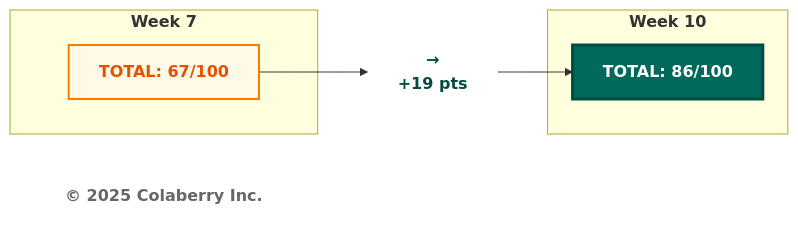
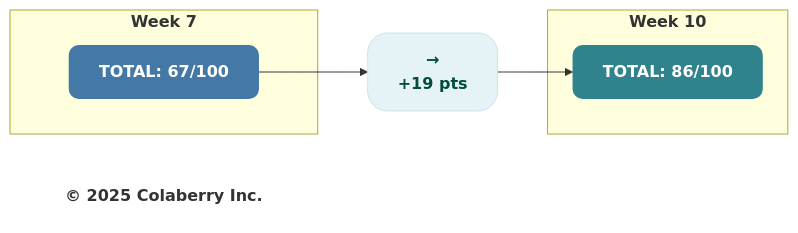
One commit to saitejesh-cyber/trust-before-intelligence-book changed diagram 12 of 14 in manuscript/07_chapter_6_transparency_orchestration_layers.md. Above: the diagram before and after it, drawn with Mermaid. The commit also changed other lines of this file and 7 other files, not shown here.

Commit message:
Chapter 6to13: Updated mermaid diagrams based on new colaberry color code

````diff
--- a/manuscript/07_chapter_6_transparency_orchestration_layers.md
+++ b/manuscript/07_chapter_6_transparency_orchestration_layers.md
@@ -1096,21 +1096,21 @@
 ```mermaid
 graph LR
     subgraph "<b>Week 7</b>"
         W7["<b>TOTAL: 67/100</b>"]
     end
     
     Arrow["<b>→</b><br/><b>+19 pts</b>"]
     
     subgraph "<b>Week 10</b>"
         W10["<b>TOTAL: 86/100</b>"]
     end
     
     Copyright["<b>© 2025 Colaberry Inc.</b>"]
     
     W7 --> Arrow --> W10
     
-    style W7 fill:#fff9e6,stroke:#f57c00,stroke-width:2px,color:#e65100
-    style Arrow fill:#ffffff,stroke:none,color:#004d40
-    style W10 fill:#00695c,color:#ffffff,stroke:#004d40,stroke-width:3px
-    style Copyright fill:#ffffff,stroke:none,color:#666666
+    style W7 fill:#4478A6,stroke:none,color:#ffffff,rx:10,ry:10
+    style Arrow fill:#e6f3f6,stroke:#c7e3ea,stroke-width:1px,color:#004d40,rx:20,ry:20
+    style W10 fill:#30838C,stroke:none,color:#ffffff,rx:10,ry:10
+    style Copyright fill:none,stroke:none,color:#333333
 ```
````
